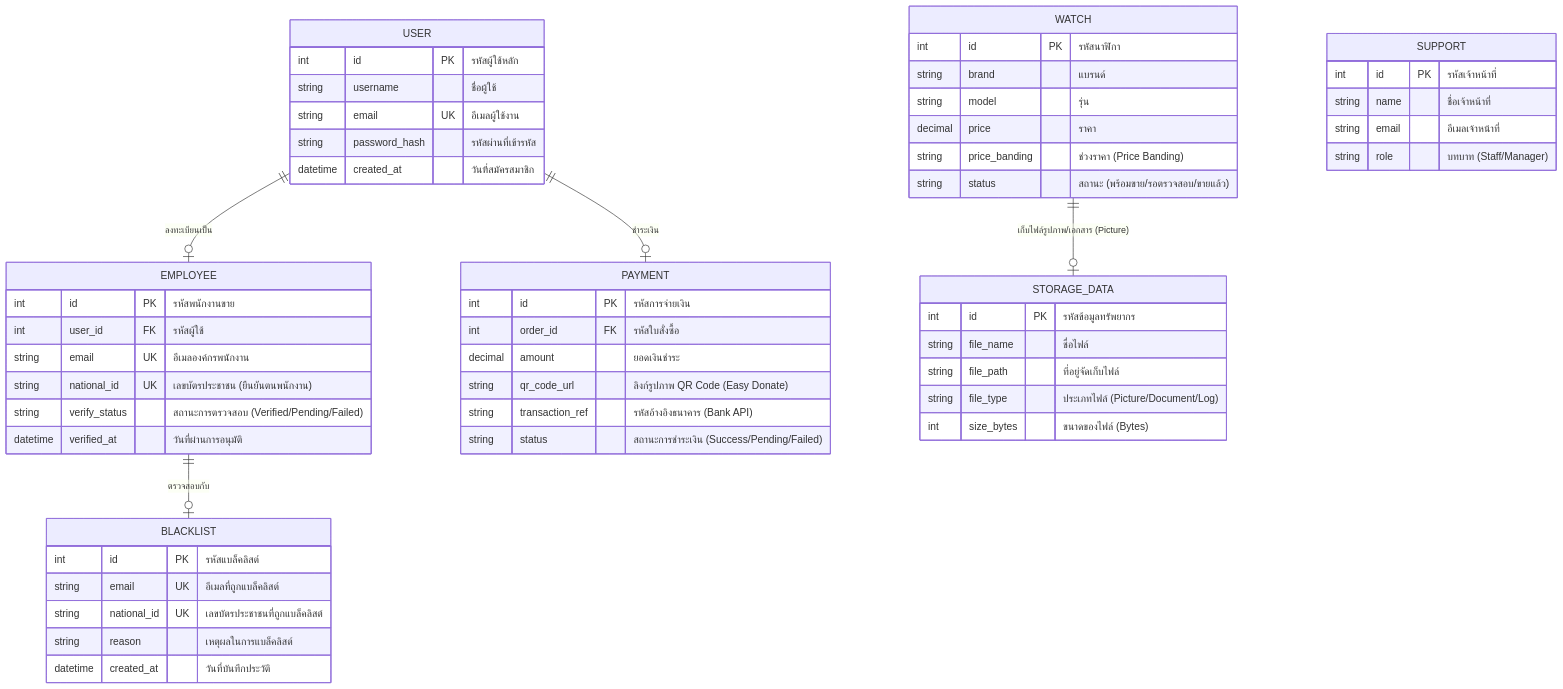
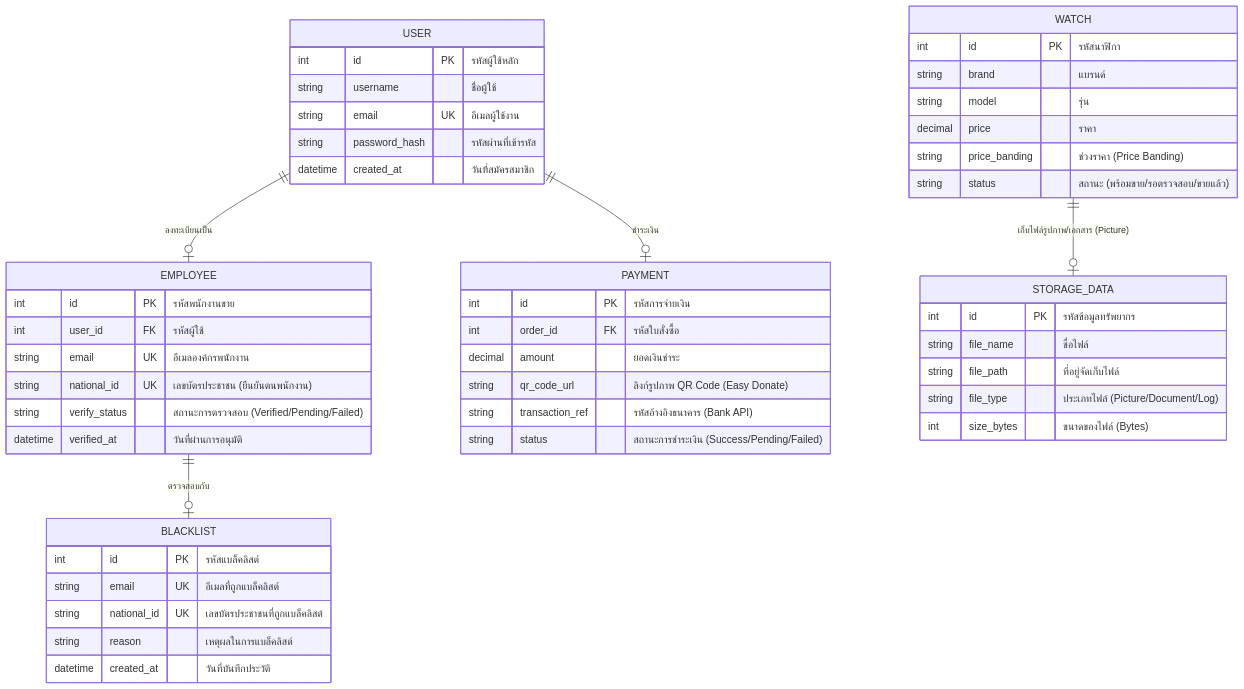
One commit to sShinjikubs/WatchMarket changed the sixth of 6 diagrams in analysis_design.md. Above: the diagram before and after it, drawn with Mermaid. The commit also changed other lines of this file and 2 other files, not shown here.

Commit message:
refactor: simplify to 3 roles (User, Employee, Admin), removing Manager and Staff

````diff
--- a/analysis_design.md
+++ b/analysis_design.md
@@ -501,66 +491,60 @@
 ```mermaid
 erDiagram
     USER {
         int id PK "รหัสผู้ใช้หลัก"
         string username "ชื่อผู้ใช้"
         string email UK "อีเมลผู้ใช้งาน"
         string password_hash "รหัสผ่านที่เข้ารหัส"
         datetime created_at "วันที่สมัครสมาชิก"
     }
 
     EMPLOYEE {
         int id PK "รหัสพนักงานขาย"
         int user_id FK "รหัสผู้ใช้"
         string email UK "อีเมลองค์กรพนักงาน"
         string national_id UK "เลขบัตรประชาชน (ยืนยันตนพนักงาน)"
         string verify_status "สถานะการตรวจสอบ (Verified/Pending/Failed)"
         datetime verified_at "วันที่ผ่านการอนุมัติ"
     }
 
     BLACKLIST {
         int id PK "รหัสแบล็คลิสต์"
         string email UK "อีเมลที่ถูกแบล็คลิสต์"
         string national_id UK "เลขบัตรประชาชนที่ถูกแบล็คลิสต์"
         string reason "เหตุผลในการแบล็คลิสต์"
         datetime created_at "วันที่บันทึกประวัติ"
     }
 
     WATCH {
         int id PK "รหัสนาฬิกา"
         string brand "แบรนด์"
         string model "รุ่น"
         decimal price "ราคา"
         string price_banding "ช่วงราคา (Price Banding)"
         string status "สถานะ (พร้อมขาย/รอตรวจสอบ/ขายแล้ว)"
     }
 
-    SUPPORT {
-        int id PK "รหัสเจ้าหน้าที่"
-        string name "ชื่อเจ้าหน้าที่"
-        string email "อีเมลเจ้าหน้าที่"
-        string role "บทบาท (Staff/Manager)"
-    }
 
     PAYMENT {
         int id PK "รหัสการจ่ายเงิน"
         int order_id FK "รหัสใบสั่งซื้อ"
         decimal amount "ยอดเงินชำระ"
         string qr_code_url "ลิงก์รูปภาพ QR Code (Easy Donate)"
         string transaction_ref "รหัสอ้างอิงธนาคาร (Bank API)"
         string status "สถานะการชำระเงิน (Success/Pending/Failed)"
     }
 
     STORAGE_DATA {
         int id PK "รหัสข้อมูลทรัพยากร"
         string file_name "ชื่อไฟล์"
         string file_path "ที่อยู่จัดเก็บไฟล์"
         string file_type "ประเภทไฟล์ (Picture/Document/Log)"
         int size_bytes "ขนาดของไฟล์ (Bytes)"
     }
 
     %% ความสัมพันธ์
     USER ||--o| EMPLOYEE : "ลงทะเบียนเป็น"
     EMPLOYEE ||--o| BLACKLIST : "ตรวจสอบกับ"
     USER ||--o| PAYMENT : "ชำระเงิน"
     WATCH ||--o| STORAGE_DATA : "เก็บไฟล์รูปภาพ/เอกสาร (Picture)"
 ```
````
